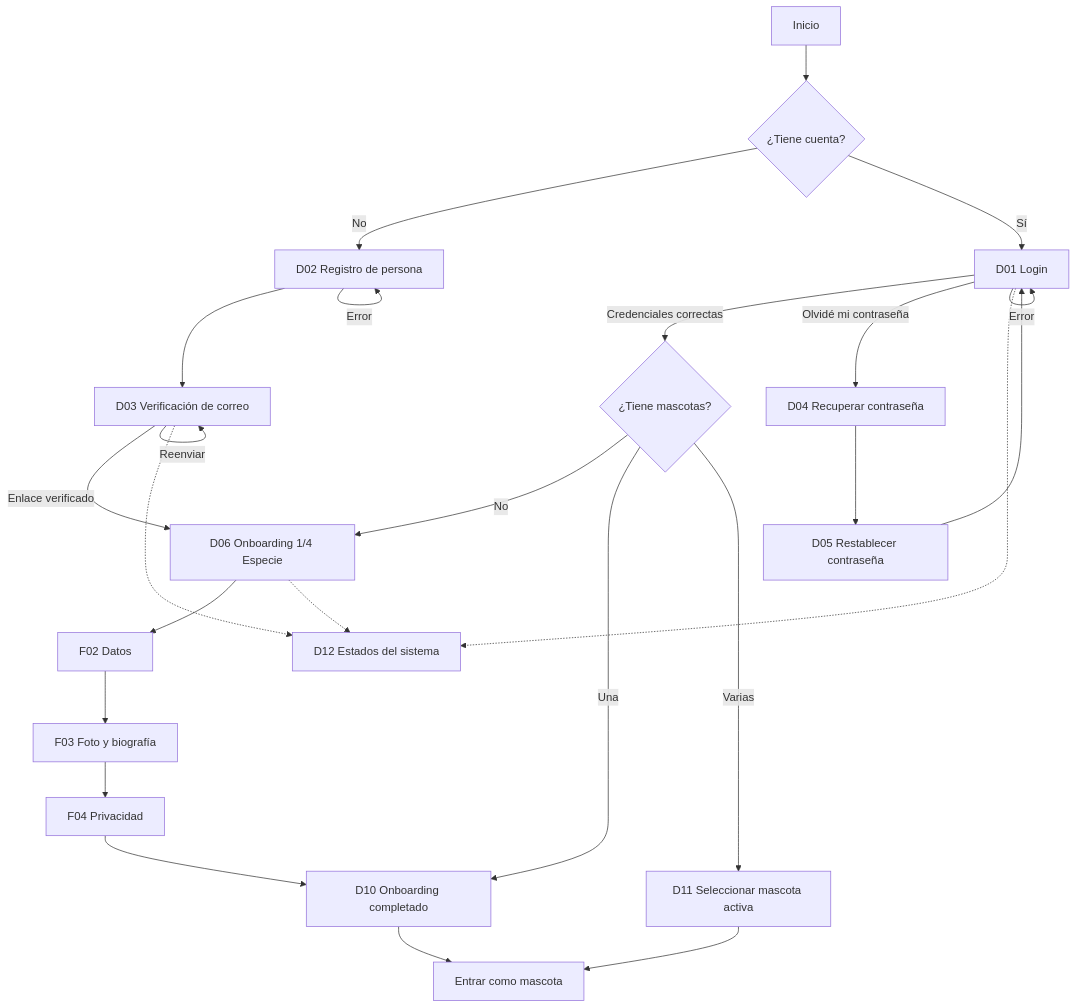
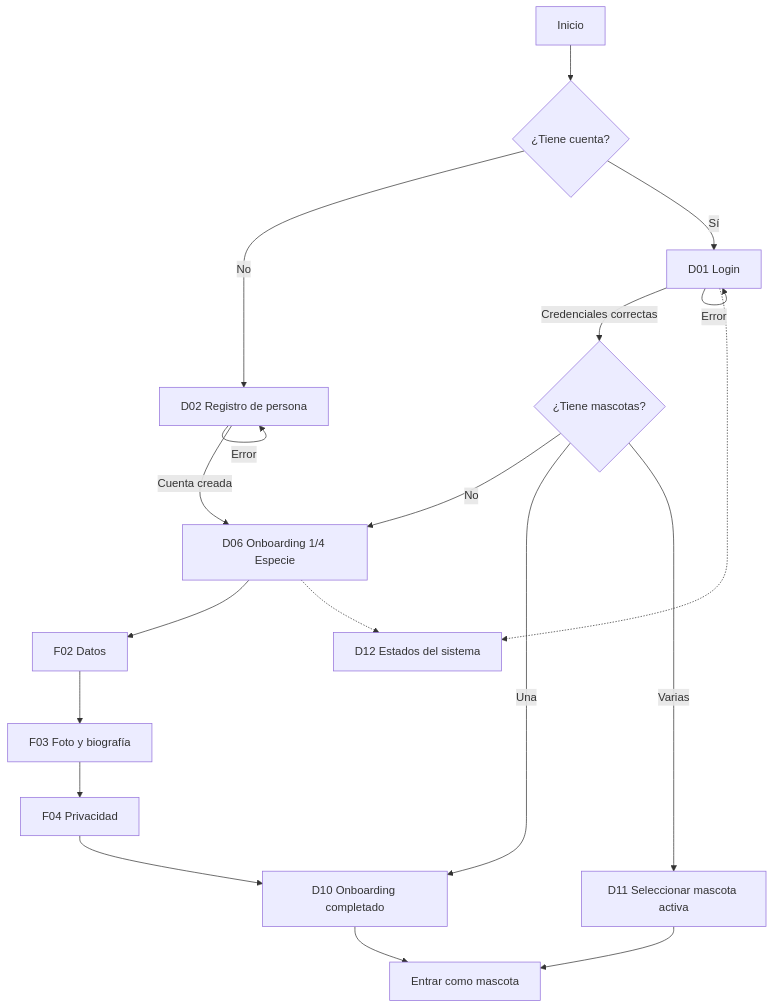
The diagram in ui-ux/wireframes/flujos/flujo-auth-onboarding.md (Jarek-code/pawspace), drawn with Mermaid before and after one commit. The commit also changed other lines of this file and 13 other files, not shown here.

````diff
--- a/ui-ux/wireframes/flujos/flujo-auth-onboarding.md
+++ b/ui-ux/wireframes/flujos/flujo-auth-onboarding.md
@@ -9,27 +12,21 @@
 ```mermaid
 flowchart TD
     A[Inicio] --> B{¿Tiene cuenta?}
     B -- No --> C[D02 Registro de persona]
     B -- Sí --> D[D01 Login]
-    C --> E[D03 Verificación de correo]
-    E -->|Enlace verificado| F[D06 Onboarding 1/4 Especie]
-    E -->|Reenviar| E
+    C -->|Cuenta creada| F[D06 Onboarding 1/4 Especie]
     D -->|Credenciales correctas| G{¿Tiene mascotas?}
-    D -->|Olvidé mi contraseña| H[D04 Recuperar contraseña]
-    H --> I[D05 Restablecer contraseña]
-    I --> D
     D -->|Error| D
     C -->|Error| C
     G -- No --> F
     G -- Una --> J[D10 Onboarding completado]
     G -- Varias --> K[D11 Seleccionar mascota activa]
     K --> L[Entrar como mascota]
     J --> L
     F --> F2[F02 Datos]
     F2 --> F3[F03 Foto y biografía]
     F3 --> F4[F04 Privacidad]
     F4 --> J
     D -.-> M[D12 Estados del sistema]
-    E -.-> M
     F -.-> M
 ```
````
